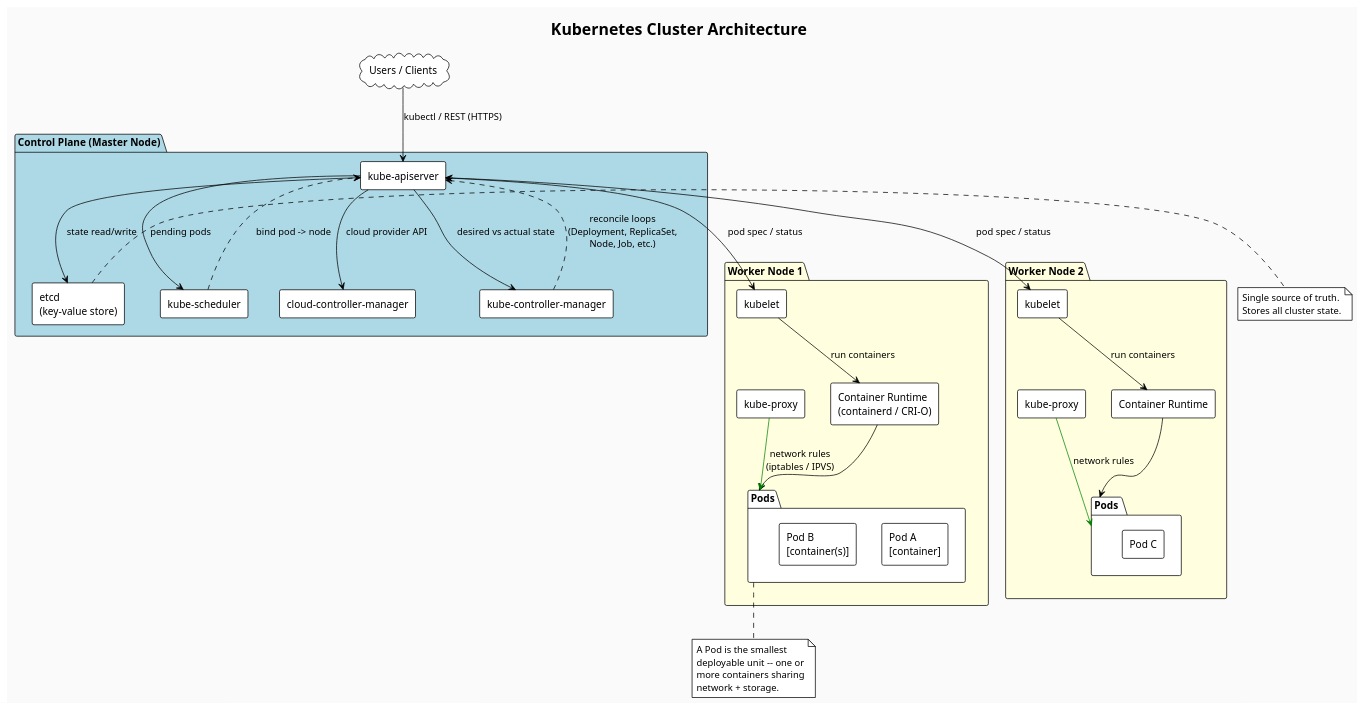
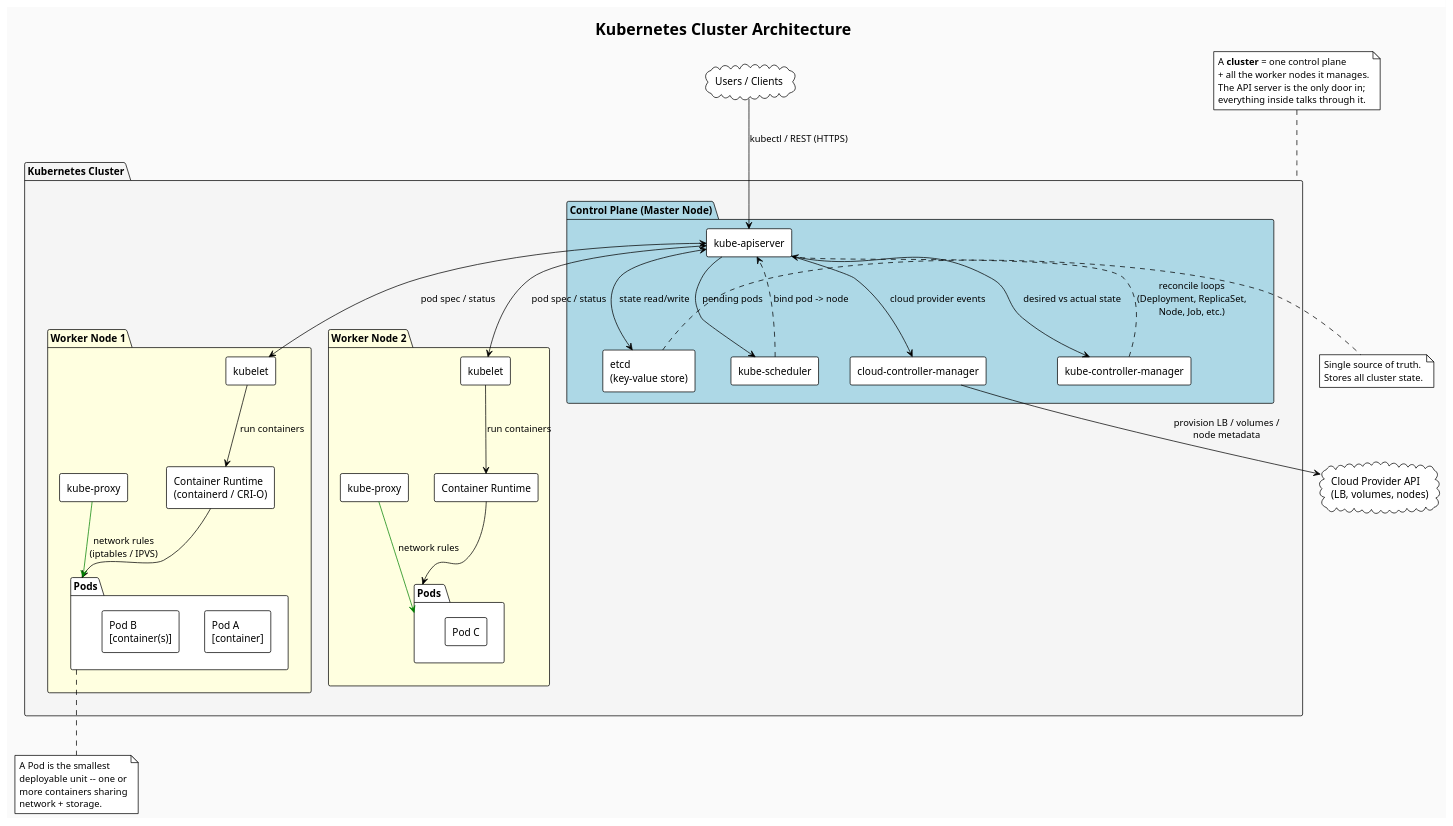
Before and after one commit to akmal09/kubernetes-visualization: the diagram in kubernetes-architecture.puml, drawn with PlantUML.

Commit message:
enhance kubernetes architecture visualization

```diff
--- a/kubernetes-architecture.puml
+++ b/kubernetes-architecture.puml
@@ -1,72 +1,84 @@
 @startuml Kubernetes Architecture
 !theme plain
 title Kubernetes Cluster Architecture
 
 skinparam componentStyle rectangle
 skinparam backgroundColor #FAFAFA
 
 cloud "Users / Clients" as users
+cloud "Cloud Provider API\n(LB, volumes, nodes)" as cloudapi
 
-package "Control Plane (Master Node)" #LightBlue {
-  component "kube-apiserver" as api
-  component "etcd\n(key-value store)" as etcd
-  component "kube-scheduler" as scheduler
-  component "kube-controller-manager" as ctrl
-  component "cloud-controller-manager" as cloud
-}
+package "Kubernetes Cluster" as cluster #WhiteSmoke {
 
-package "Worker Node 1" #LightYellow {
-  component "kubelet" as kubelet1
-  component "kube-proxy" as proxy1
-  component "Container Runtime\n(containerd / CRI-O)" as cri1
+  package "Control Plane (Master Node)" #LightBlue {
+    component "kube-apiserver" as api
+    component "etcd\n(key-value store)" as etcd
+    component "kube-scheduler" as scheduler
+    component "kube-controller-manager" as ctrl
+    component "cloud-controller-manager" as cloud
+  }
 
-  package "Pods" as pods1 {
-    component "Pod A\n[container]" as podA
-    component "Pod B\n[container(s)]" as podB
+  package "Worker Node 1" #LightYellow {
+    component "kubelet" as kubelet1
+    component "kube-proxy" as proxy1
+    component "Container Runtime\n(containerd / CRI-O)" as cri1
+
+    package "Pods" as pods1 {
+      component "Pod A\n[container]" as podA
+      component "Pod B\n[container(s)]" as podB
+    }
   }
-}
 
-package "Worker Node 2" #LightYellow {
-  component "kubelet" as kubelet2
-  component "kube-proxy" as proxy2
-  component "Container Runtime" as cri2
+  package "Worker Node 2" #LightYellow {
+    component "kubelet" as kubelet2
+    component "kube-proxy" as proxy2
+    component "Container Runtime" as cri2
 
-  package "Pods " as pods2 {
-    component "Pod C" as podC
+    package "Pods " as pods2 {
+      component "Pod C" as podC
+    }
   }
 }
 
 users --> api : kubectl / REST (HTTPS)
 
 api <--> etcd : state read/write
 api --> scheduler : pending pods
 api --> ctrl : desired vs actual state
-api --> cloud : cloud provider API
+api --> cloud : cloud provider events
+cloud --> cloudapi : provision LB / volumes /\nnode metadata
 
 scheduler ..> api : bind pod -> node
 ctrl ..> api : reconcile loops\n(Deployment, ReplicaSet,\nNode, Job, etc.)
 
 api <--> kubelet1 : pod spec / status
 api <--> kubelet2 : pod spec / status
 
 kubelet1 --> cri1 : run containers
 kubelet2 --> cri2 : run containers
 cri1 --> pods1
 cri2 --> pods2
 
 proxy1 -[#green]-> pods1 : network rules\n(iptables / IPVS)
 proxy2 -[#green]-> pods2 : network rules
 
 note right of etcd
   Single source of truth.
   Stores all cluster state.
 end note
 
+note top of cluster
+  A **cluster** = one control plane
+  + all the worker nodes it manages.
+  The API server is the only door in;
+  everything inside talks through it.
+end note
+
 note bottom of pods1
   A Pod is the smallest
   deployable unit -- one or
   more containers sharing
   network + storage.
 end note
 
 @enduml
```
